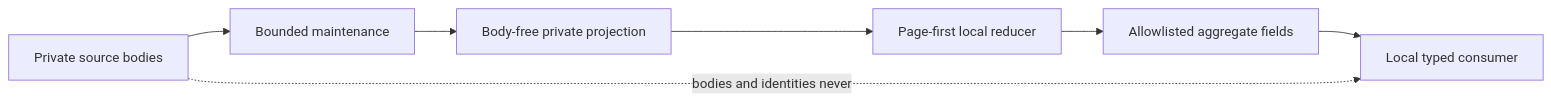
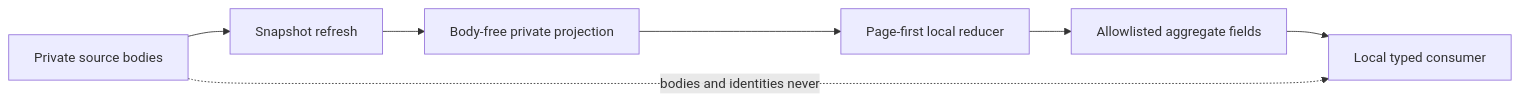
Before and after one commit to Saltiola7/dotfiles-ai: the fourth of 4 diagrams in docs/specs/dbsctr_v3_lifecycle/features/history-incident-query-performance.md, drawn with Mermaid. The commit also changed other lines of this file and 8 other files, not shown here.

Commit message:
docs(lifecycle): redesign history snapshot refresh

````diff
--- a/docs/specs/dbsctr_v3_lifecycle/features/history-incident-query-performance.md
+++ b/docs/specs/dbsctr_v3_lifecycle/features/history-incident-query-performance.md
@@ -669,11 +633,11 @@
 ```mermaid
 flowchart LR
     accTitle: History and Incident summary trust flow
-    accDescr: Private source bodies are parsed only by bounded maintenance and never stored. A body-free private projection feeds page-first aggregate and Incident summary reducers. Only allowlisted counts, metrics, availability, overflow, and continuation reach local typed consumers.
-    S[Private source bodies] --> M[Bounded maintenance]
+    accDescr: Private source bodies are parsed only inside one snapshot refresh transaction and never stored. A body-free private projection feeds page-first aggregate and Incident summary reducers. Only allowlisted counts, metrics, availability, overflow, and continuation reach local typed consumers.
+    S[Private source bodies] --> M[Snapshot refresh]
     M --> P[Body-free private projection]
     P --> R[Page-first local reducer]
     R --> A[Allowlisted aggregate fields]
     A --> T[Local typed consumer]
     S -. bodies and identities never .-> T
 ```
````
